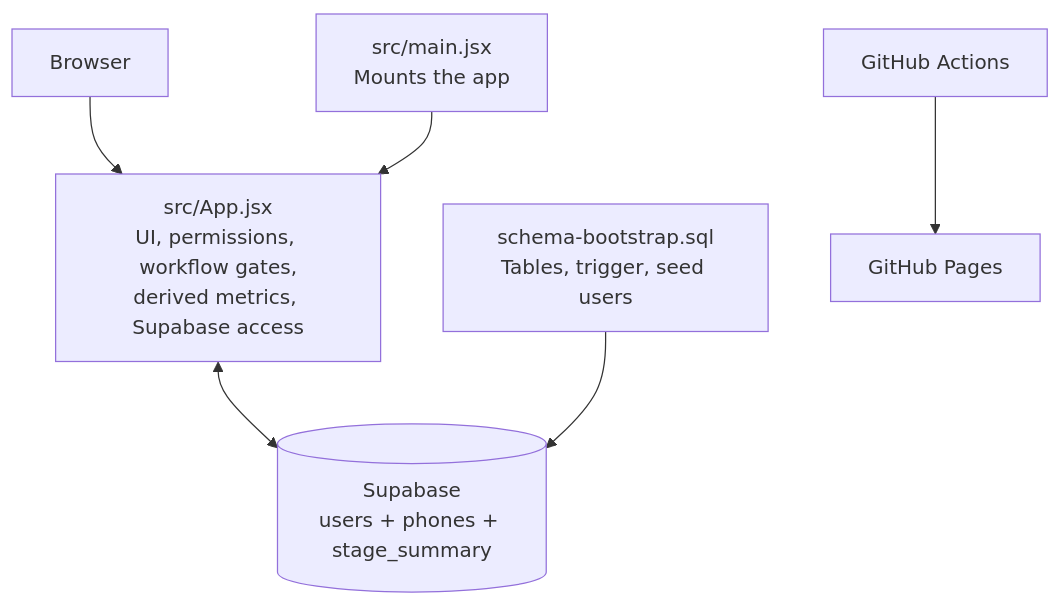
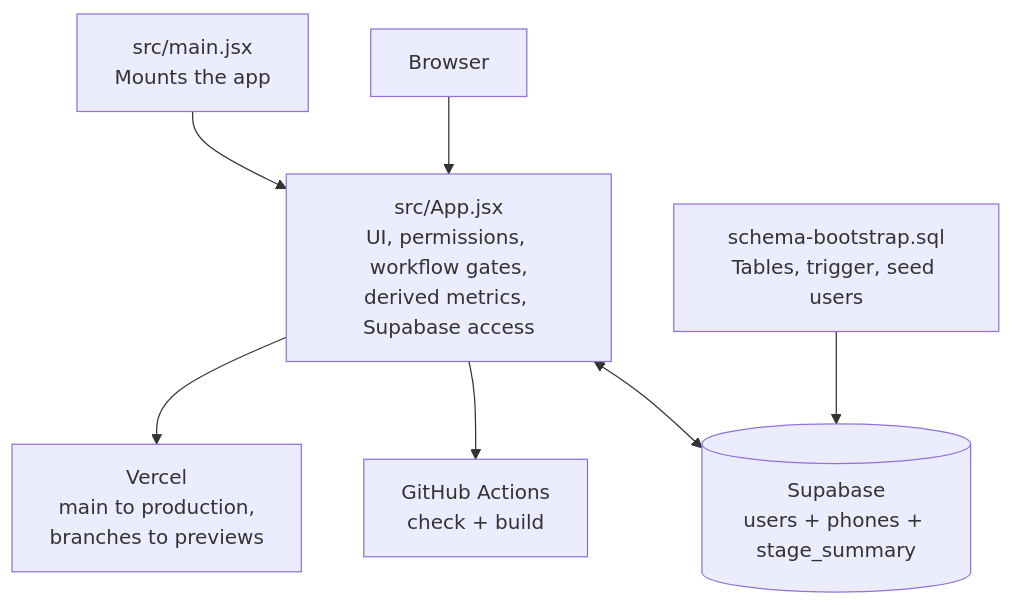
The fifth of 6 diagrams in README.md (pethupraveen/procurement-tracker), drawn with Mermaid before and after one commit. The commit also changed other lines of this file and 2 other files, not shown here.

```diff
--- a/README.md
+++ b/README.md
@@ -132,16 +132,17 @@
 ~~~mermaid
 flowchart TB
     Browser[Browser]
     App[src/App.jsx<br/>UI, permissions, workflow gates,<br/>derived metrics, Supabase access]
     Entry[src/main.jsx<br/>Mounts the app]
     DB[(Supabase<br/>users + phones + stage_summary)]
     Schema[schema-bootstrap.sql<br/>Tables, trigger, seed users]
-    Deploy[GitHub Actions]
-    Pages[GitHub Pages]
+    CI[GitHub Actions<br/>check + build]
+    Deploy[Vercel<br/>main to production,<br/>branches to previews]
 
     Browser --> App
     Entry --> App
     App <--> DB
     Schema --> DB
-    Deploy --> Pages
+    App --> CI
+    App --> Deploy
 ~~~
```
